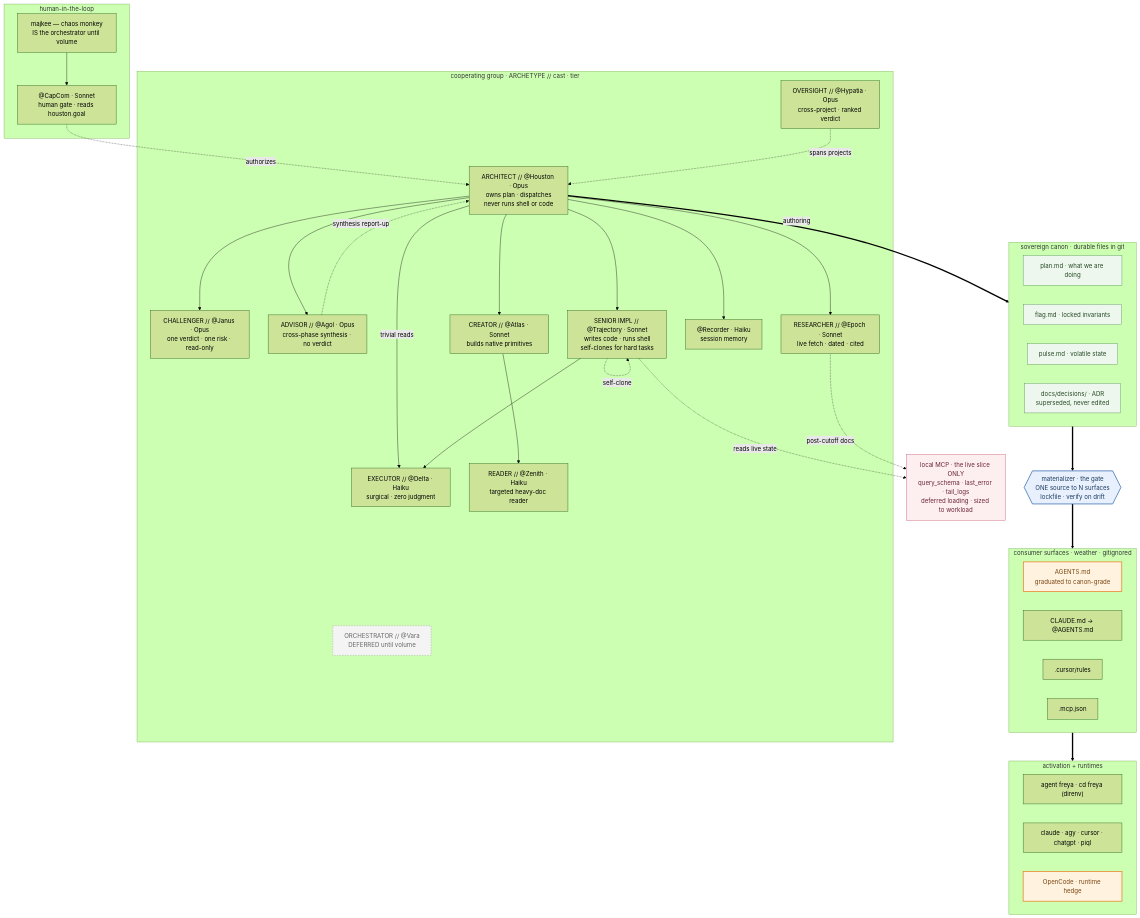
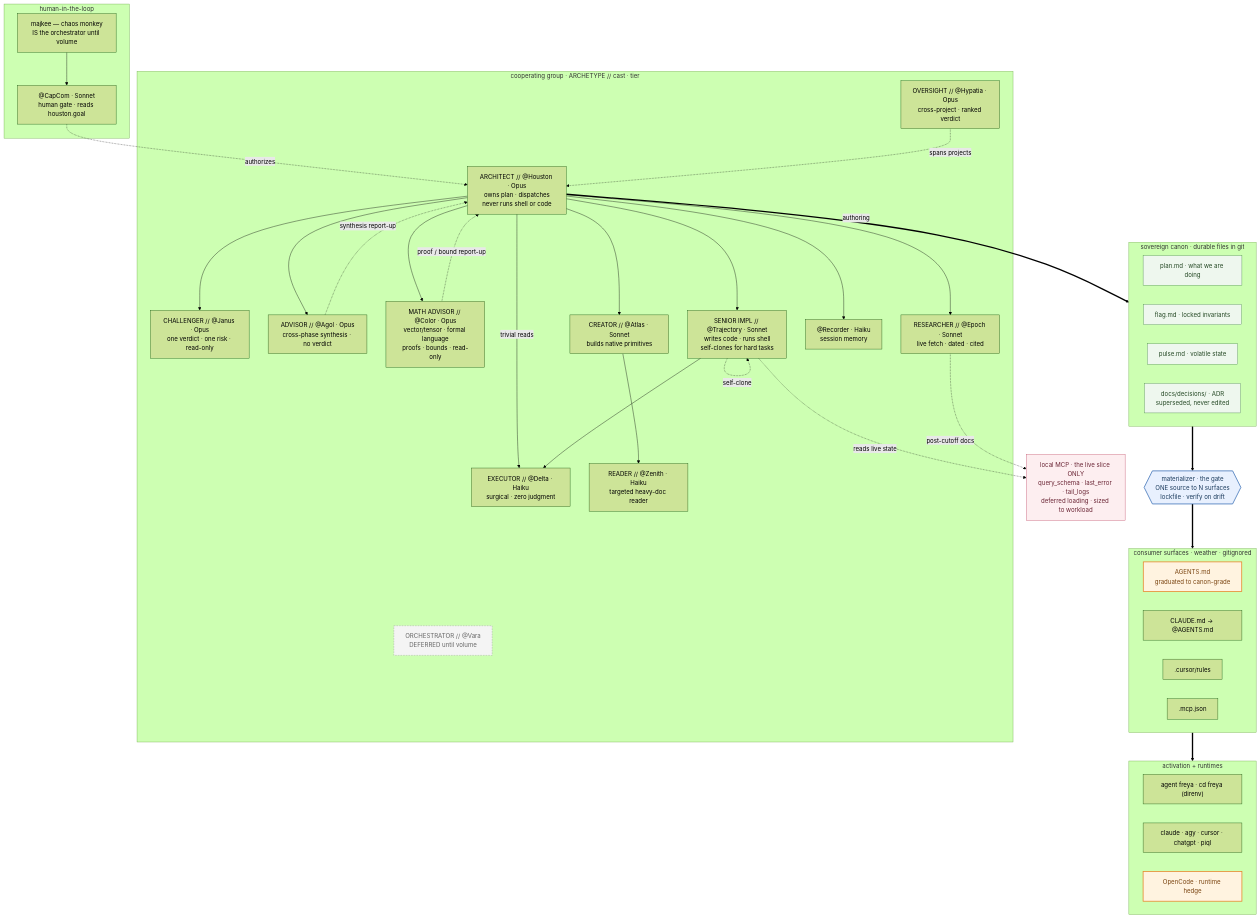
Before and after one commit to hruzam/reposoma: the diagram in temple/system-map.md, drawn with Mermaid (forest theme). The commit also changed other lines of this file and 1 other file, not shown here.

Commit message:
temple: seat @Color — math/formal-language advisor for the Houston family
Global advisor sibling to @Agol/@Janus (Opus, read-only: Read/Grep/Glob
+ memory). Delegates live SOTA to @Epoch and code to @Trajectory/@Delta —
the Opus seat spends cycles only on the irreducible reasoning.

- roster.md: global-agents row, advisor-cluster clarifier, Grassmann
  name-origin (Ausdehnungslehre / color laws / Grassmann's Law).
- system-map.md: @Color node + Houston dispatch / proof report-up edge.

Gaveled by majkee 2026-06-24.

````diff
--- a/temple/system-map.md
+++ b/temple/system-map.md
@@ -5,79 +5,82 @@
 ```mermaid
 flowchart TD
     classDef deferred fill:#f4f4f4,stroke:#999,stroke-dasharray:4 3,color:#666
     classDef future fill:#fff3e0,stroke:#e8842a,stroke-width:2px,color:#7a4410
     classDef gate fill:#e8f0fe,stroke:#3b6fb5,stroke-width:2px,color:#1a3a5c
     classDef canon fill:#eef7ee,stroke:#4a8a4a,color:#244824
     classDef live fill:#fdeef0,stroke:#c0506a,color:#6a2434
 
     subgraph HUMAN[" human-in-the-loop "]
         MK["majkee — chaos monkey<br/>IS the orchestrator until volume"]
         CAP["@CapCom · Sonnet<br/>human gate · reads houston.goal"]
         MK --> CAP
     end
 
     subgraph TEAM[" cooperating group · ARCHETYPE // cast · tier "]
         HOU["ARCHITECT // @Houston · Opus<br/>owns plan · dispatches<br/>never runs shell or code"]
         JAN["CHALLENGER // @Janus · Opus<br/>one verdict · one risk · read-only"]
         AGOL["ADVISOR // @Agol · Opus<br/>cross-phase synthesis · no verdict"]
+        COL["MATH ADVISOR // @Color · Opus<br/>vector/tensor · formal language<br/>proofs · bounds · read-only"]
         EPO["RESEARCHER // @Epoch · Sonnet<br/>live fetch · dated · cited"]
         TRA["SENIOR IMPL // @Trajectory · Sonnet<br/>writes code · runs shell<br/>self-clones for hard tasks"]
         DEL["EXECUTOR // @Delta · Haiku<br/>surgical · zero judgment"]
         ATL["CREATOR // @Atlas · Sonnet<br/>builds native primitives"]
         ZEN["READER // @Zenith · Haiku<br/>targeted heavy-doc reader"]
         HYP["OVERSIGHT // @Hypatia · Opus<br/>cross-project · ranked verdict"]
         REC["@Recorder · Haiku<br/>session memory"]
         VARA["ORCHESTRATOR // @Vara<br/>DEFERRED until volume"]
     end
 
     CAP -.authorizes.-> HOU
     HOU --> JAN
     HOU --> AGOL
+    HOU --> COL
+    COL -.proof / bound report-up.-> HOU
     HOU --> EPO
     HOU --> TRA
     HOU --> ATL
     HOU --> REC
     HOU -->|trivial reads| DEL
     TRA --> DEL
     TRA -.self-clone.-> TRA
     ATL --> ZEN
     AGOL -.synthesis report-up.-> HOU
     HYP -.spans projects.-> HOU
 
     subgraph CANON[" sovereign canon · durable files in git "]
         PLAN["plan.md · what we are doing"]
         FLAG["flag.md · locked invariants"]
         PULSE["pulse.md · volatile state"]
         DEC["docs/decisions/ · ADR<br/>superseded, never edited"]
     end
 
     GATE{{"materializer · the gate<br/>ONE source to N surfaces<br/>lockfile · verify on drift"}}
 
     subgraph SURF[" consumer surfaces · weather · gitignored "]
         AG["AGENTS.md<br/>graduated to canon-grade"]
         CL["CLAUDE.md → @AGENTS.md"]
         CUR[".cursor/rules"]
         MCPC[".mcp.json"]
     end
 
     subgraph RUN[" activation + runtimes "]
         A1["agent freya · cd freya (direnv)"]
         A2["claude · agy · cursor · chatgpt · piql"]
         A3["OpenCode · runtime hedge"]
     end
 
     LIVE["local MCP · the live slice ONLY<br/>query_schema · last_error · tail_logs<br/>deferred loading · sized to workload"]
 
     HOU ==>|authoring| CANON
     CANON ==> GATE
     GATE ==> SURF
     SURF ==> RUN
     TRA -.reads live state.-> LIVE
     EPO -.post-cutoff docs.-> LIVE
 
     class VARA deferred
     class AG,A3 future
     class GATE gate
     class PLAN,FLAG,PULSE,DEC canon
     class LIVE live
 ```
````
